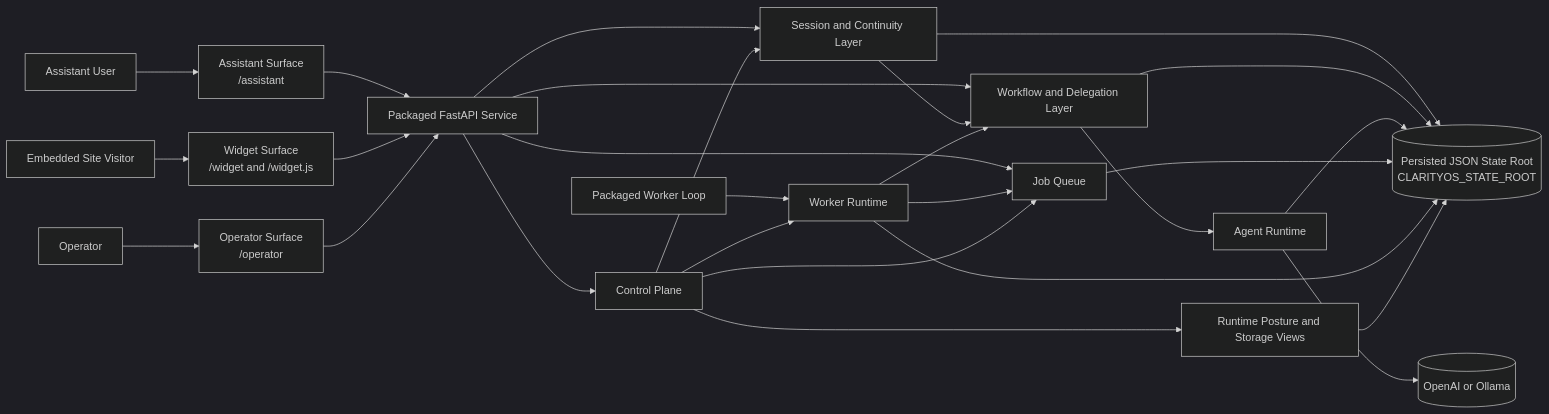
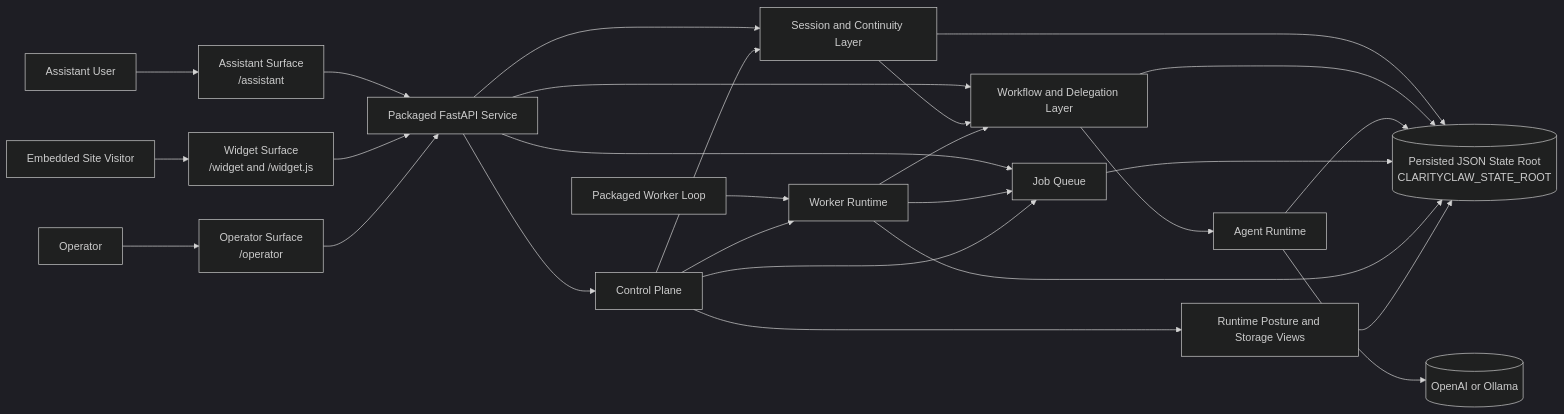
One commit to cpgrant/clarityos changed the diagram in docs/diagrams/architecture-v1.7.mmd. Above: the diagram before and after it, drawn with Mermaid (dark theme). The commit also changed 30 other files, not shown here.

```diff
--- a/docs/diagrams/architecture-v1.7.mmd
+++ b/docs/diagrams/architecture-v1.7.mmd
@@ -1,47 +1,47 @@
 flowchart LR
     AU[Assistant User]
     EV[Embedded Site Visitor]
     OP[Operator]
 
     AS[Assistant Surface<br/>/assistant]
     WG[Widget Surface<br/>/widget and /widget.js]
     OS[Operator Surface<br/>/operator]
 
     API[Packaged FastAPI Service]
     SES[Session and Continuity Layer]
     WF[Workflow and Delegation Layer]
     AG[Agent Runtime]
     Q[Job Queue]
     WL[Packaged Worker Loop]
     WK[Worker Runtime]
     CP[Control Plane]
     RP[Runtime Posture and Storage Views]
 
-    FS[(Persisted JSON State Root<br/>CLARITYOS_STATE_ROOT)]
+    FS[(Persisted JSON State Root<br/>CLARITYCLAW_STATE_ROOT)]
     LLM[(OpenAI or Ollama)]
 
     AU --> AS --> API
     EV --> WG --> API
     OP --> OS --> API
 
     API --> SES
     API --> WF
     API --> Q
     API --> CP
 
     SES --> FS
     SES --> WF
     WF --> AG
     WF --> FS
     AG --> LLM
     AG --> FS
     Q --> FS
     WL --> WK
     WK --> Q
     WK --> WF
     WK --> FS
     CP --> RP
     RP --> FS
     CP --> Q
     CP --> WK
     CP --> SES
```
